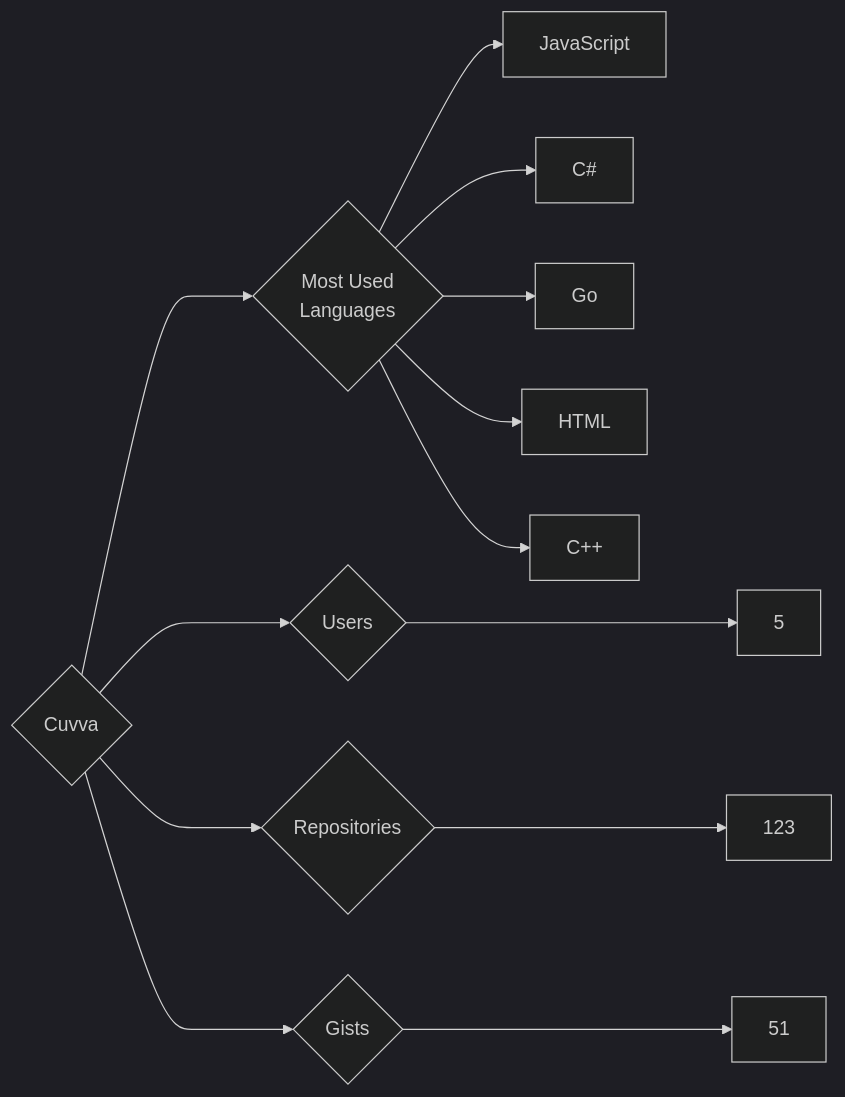
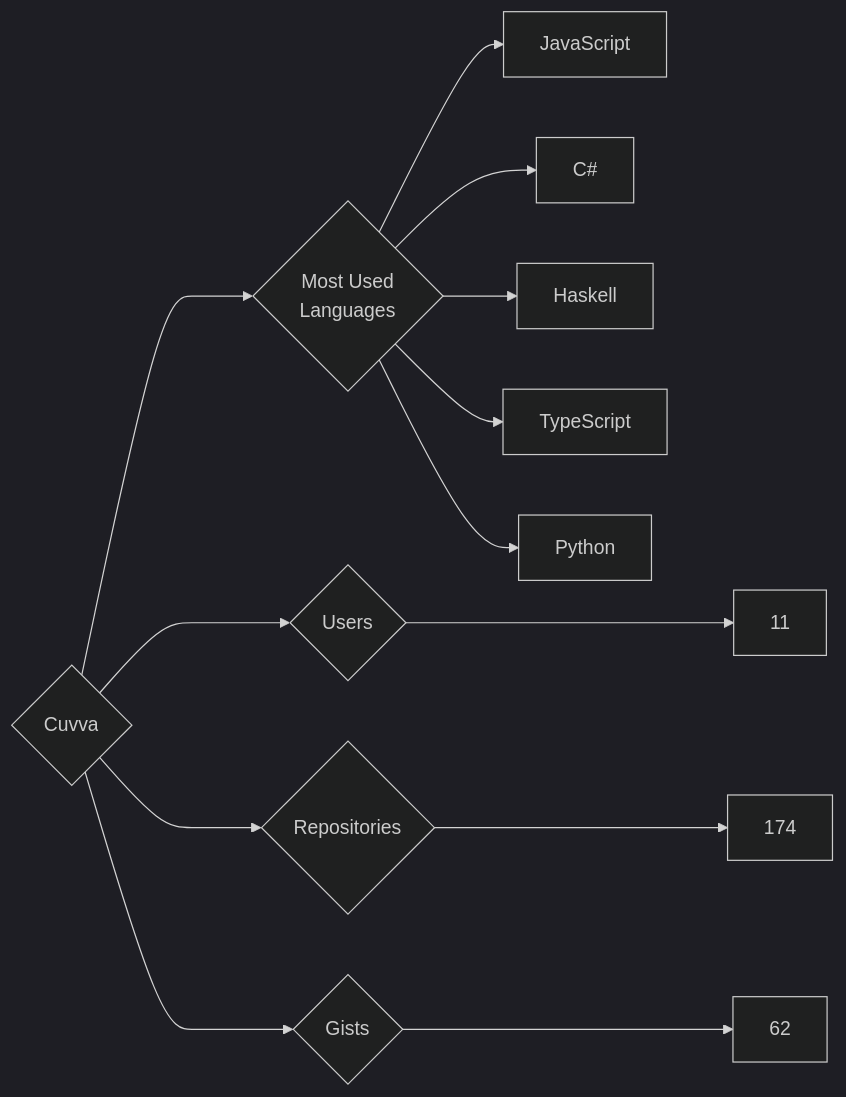
The diagram in targets/Cuvva/README.md (trickest/insiders), drawn with Mermaid (dark theme) before and after one commit. The commit also changed 965 other files, not shown here.

````diff
--- a/targets/Cuvva/README.md
+++ b/targets/Cuvva/README.md
@@ -3,13 +3,13 @@
 ```mermaid
 graph LR
 COMPANY_NAME{Cuvva}
-COMPANY_NAME ---> U{Users} ---> UN[5]
-COMPANY_NAME ---> R{Repositories} ---> RN[123]
-COMPANY_NAME ---> G{Gists} ---> GN[51]
+COMPANY_NAME ---> U{Users} ---> UN[11]
+COMPANY_NAME ---> R{Repositories} ---> RN[174]
+COMPANY_NAME ---> G{Gists} ---> GN[62]
 COMPANY_NAME ---> ML{Most Used<br>Languages}
 ML --> JavaScript[JavaScript]
 ML --> C#[C#]
-ML --> Go[Go]
-ML --> HTML[HTML]
-ML --> C++[C++]
+ML --> Haskell[Haskell]
+ML --> TypeScript[TypeScript]
+ML --> Python[Python]
 ```
````
